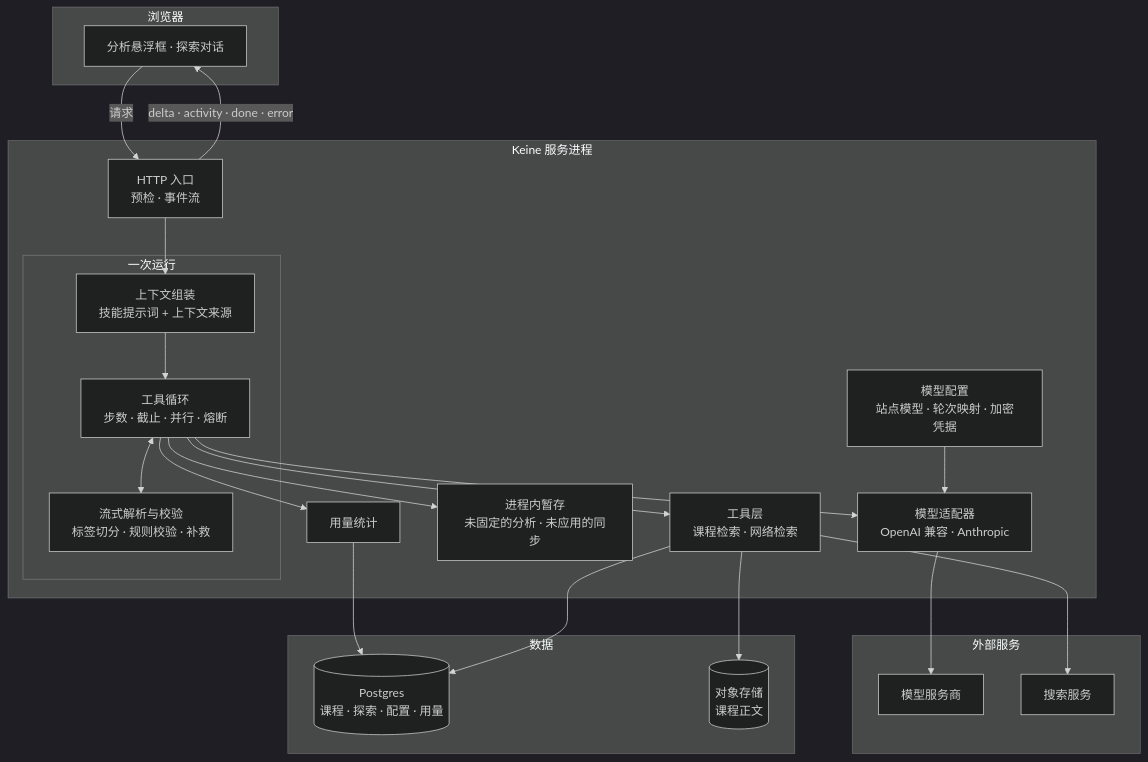
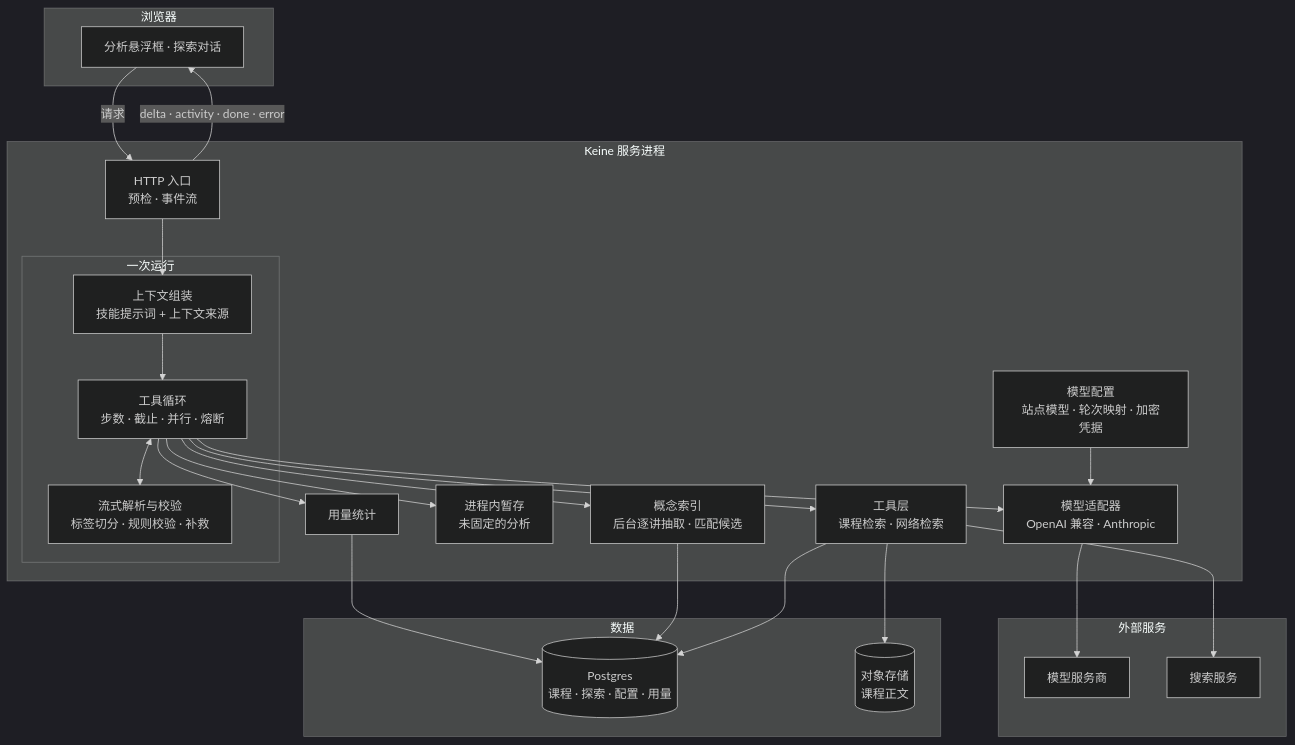
The ninth of 27 diagrams in docs/tech/Keine_explore_harness_v1.md (Bank5y/Keine), drawn with Mermaid (dark theme) before and after one commit. The commit also changed other lines of this file and 2 other files, not shown here.

````diff
--- a/docs/tech/Keine_explore_harness_v1.md
+++ b/docs/tech/Keine_explore_harness_v1.md
@@ -300,42 +360,45 @@
 ```mermaid
 flowchart TB
   subgraph Browser["浏览器"]
     UI["分析悬浮框 · 探索对话"]
   end
 
   subgraph Keine["Keine 服务进程"]
     API["HTTP 入口<br/>预检 · 事件流"]
     subgraph Run["一次运行"]
       CTX["上下文组装<br/>技能提示词 + 上下文来源"]
       LOOP["工具循环<br/>步数 · 截止 · 并行 · 熔断"]
       PARSE["流式解析与校验<br/>标签切分 · 规则校验 · 补救"]
     end
     TOOLS["工具层<br/>课程检索 · 网络检索"]
     METER["用量统计"]
     MODELS["模型配置<br/>站点模型 · 轮次映射 · 加密凭据"]
     ADAPTER["模型适配器<br/>OpenAI 兼容 · Anthropic"]
-    STASH["进程内暂存<br/>未固定的分析 · 未应用的同步"]
+    STASH["进程内暂存<br/>未固定的分析"]
+    INDEX["概念索引<br/>后台逐讲抽取 · 匹配候选"]
   end
 
   subgraph Data["数据"]
     PG[("Postgres<br/>课程 · 探索 · 配置 · 用量")]
     OBJ[("对象存储<br/>课程正文")]
   end
 
   subgraph External["外部服务"]
     LLM["模型服务商"]
     SEARCH["搜索服务"]
   end
 
   UI -- "请求" --> API
   API -- "delta · activity · done · error" --> UI
   API --> CTX --> LOOP
   LOOP <--> PARSE
   LOOP --> TOOLS
   LOOP --> ADAPTER --> LLM
   LOOP --> METER --> PG
   LOOP --> STASH
+  LOOP --> INDEX
+  INDEX --> PG
   MODELS --> ADAPTER
   TOOLS --> PG & OBJ
   TOOLS --> SEARCH
 ```
````
